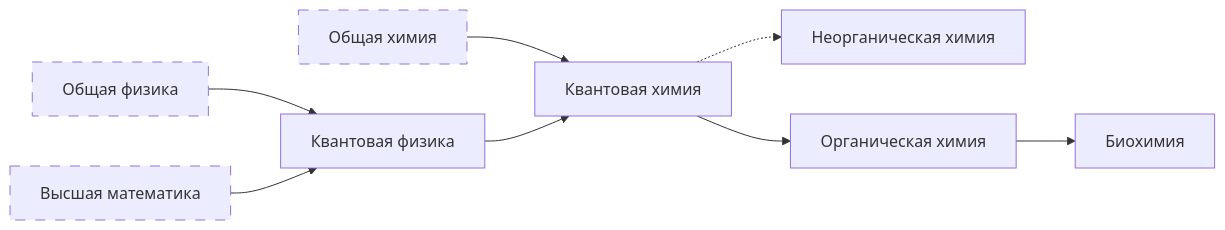
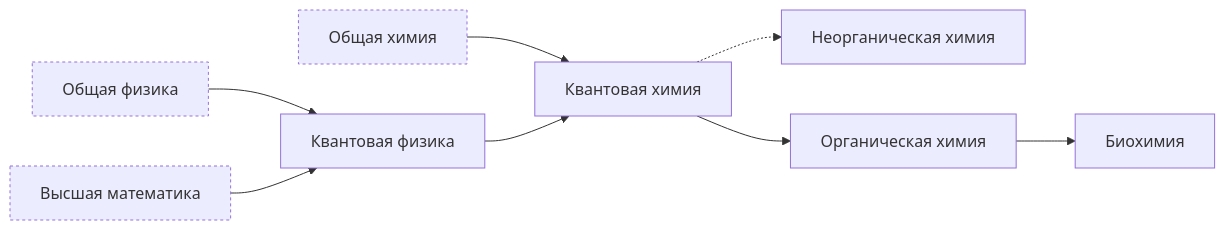
One commit to prozion/anti-aging-education changed the diagram in learning-tracks.md. Above: the diagram before and after it, drawn with Mermaid.

````diff
--- a/learning-tracks.md
+++ b/learning-tracks.md
@@ -7,21 +7,21 @@
 ```mermaid
 flowchart LR;
     Mgen[Высшая математика]:::cond;
     Phgen[Общая физика]:::cond;
     Phq[Квантовая физика];
     Chgen[Общая химия]:::cond;
     Chnorg[Неорганическая химия];
     Chorg[Органическая химия];
     Chq[Квантовая химия];
     Bioch[Биохимия];
 
     Chgen --> Chq --> Chorg --> Bioch;
     Chq -.-> Chnorg;
     Phgen --> Phq --> Chq;
     Mgen --> Phq;
 
-    classDef cond stroke-dasharray:10,1;
+    classDef cond stroke-dasharray:3;
 
     click Chorg "https://github.com/prozion/anti-aging-education/#органическая-химия" _blank
     click Chq "https://github.com/prozion/anti-aging-education/#квантовая-химия" _blank
 ```
````
